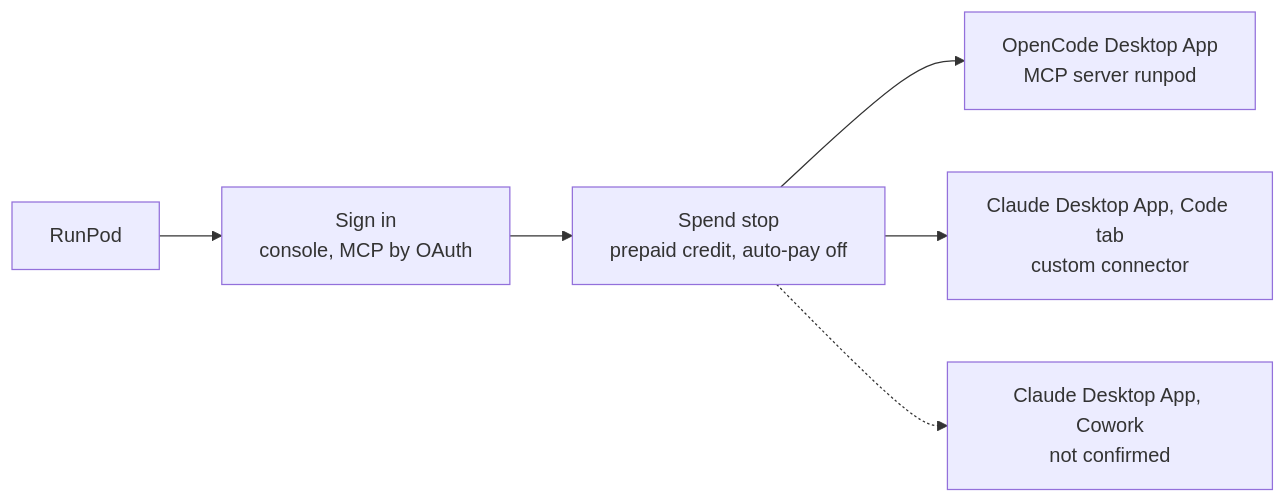
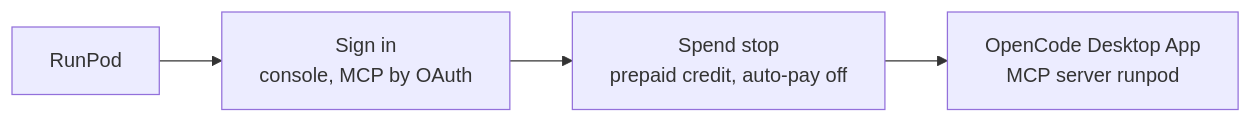
One commit to SoulCraft-Org/compute-crafter changed the diagram in guides/runpod.md. Above: the diagram before and after it, drawn with Mermaid. The commit also changed other lines of this file and 63 other files, not shown here.

````diff
--- a/guides/runpod.md
+++ b/guides/runpod.md
@@ -5,7 +5,5 @@
 ```mermaid
 flowchart LR
   P[RunPod] --> S[Sign in<br/>console, MCP by OAuth] --> G[Spend stop<br/>prepaid credit, auto-pay off]
   G --> O[OpenCode Desktop App<br/>MCP server runpod]
-  G --> C[Claude Desktop App, Code tab<br/>custom connector]
-  G -.-> W[Claude Desktop App, Cowork<br/>not confirmed]
 ```
````
